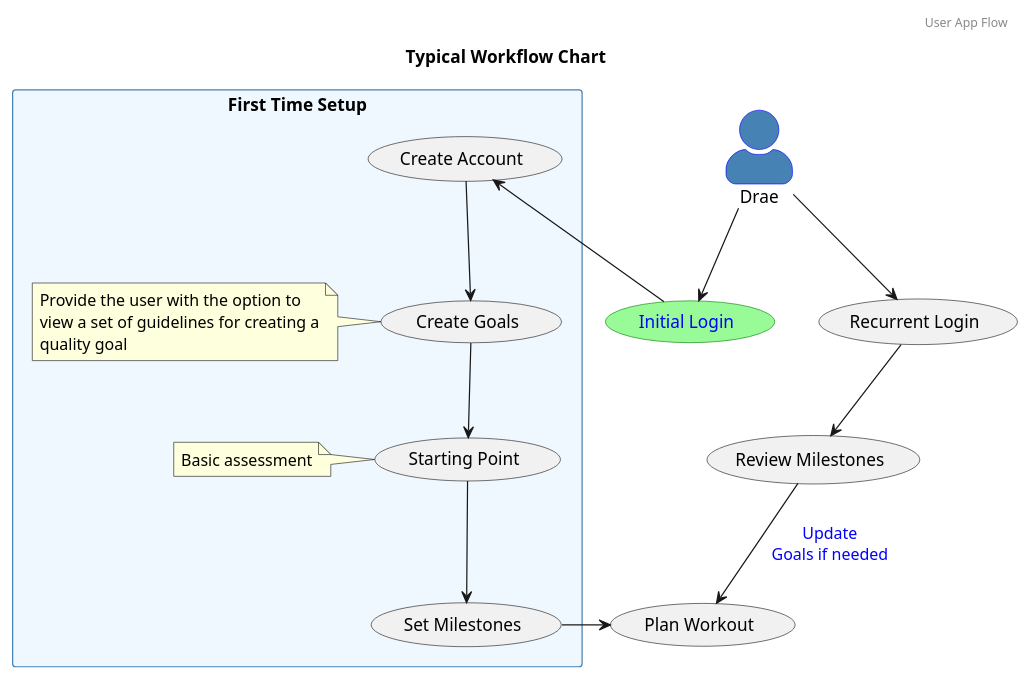
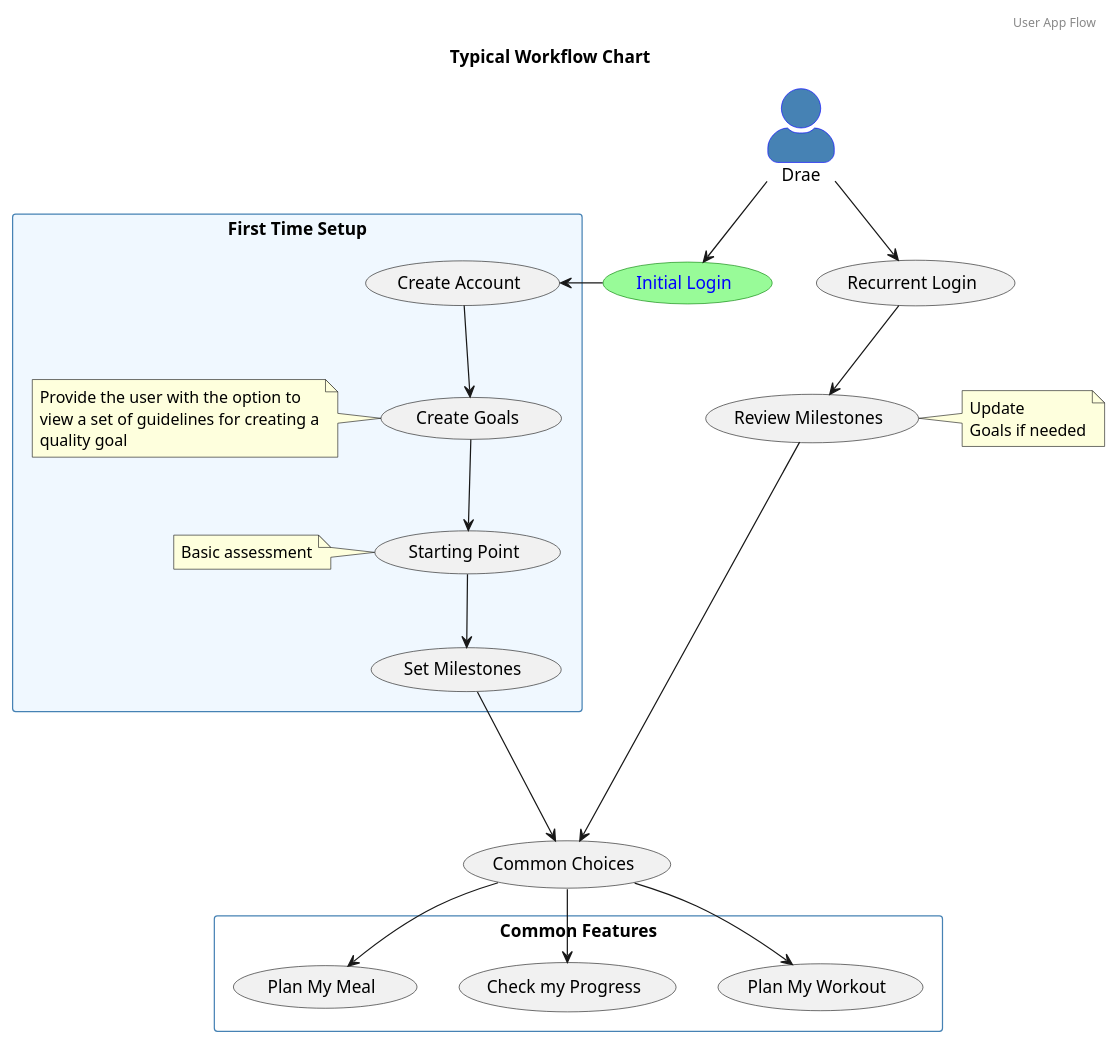
The diagram in Design_Docs/workflow_diagram.wsd (UreaLaden/workout_log), drawn with PlantUML before and after one commit.

Commit message:
Included Common Features in UML

```diff
--- a/Design_Docs/workflow_diagram.wsd
+++ b/Design_Docs/workflow_diagram.wsd
@@ -1,33 +1,45 @@
 @startuml Workout Planner
 header User App Flow
 Title "Typical Workflow Chart"
 skinparam actorstyle awesome
 skinparam RectangleBorderColor SteelBlue
 "Initial Login" as (fUse) #PaleGreen;line:green;text:blue
 "Recurrent Login" as (rUse)
 :Drae: as user #SteelBlue;line:blue;
 user --> (rUse)
 
 rectangle "First Time Setup" #AliceBlue{
 
 user --> (fUse)
 
 fUse -left-> (Create Account)
 (Create Account) --> (Create Goals)
 
 note left : Provide the user with the option to\nview a set of guidelines for creating a\nquality goal
 
 (Create Goals) --> (Starting Point)
 note left : Basic assessment
 
 (Starting Point) --> (Set Milestones)
 
 } 
 
-(Set Milestones) -right-> (Plan Workout)
+(Set Milestones) ---> (Common Choices)
 
 
 (rUse) --> (Review Milestones)
-(Review Milestones) --> (Plan Workout) :<font color=blue>Update\n<font color=blue>Goals if needed 
+note right : Update\nGoals if needed
+(Review Milestones) --> (Common Choices) 
+
+rectangle "Common Features"{
+
+    (Plan My Workout)
+    (Check my Progress)
+    (Plan My Meal)
+}
+
+(Common Choices) --> (Plan My Workout)
+(Common Choices) --> (Check my Progress)
+(Common Choices) --> (Plan My Meal)
 
 @enduml
```
